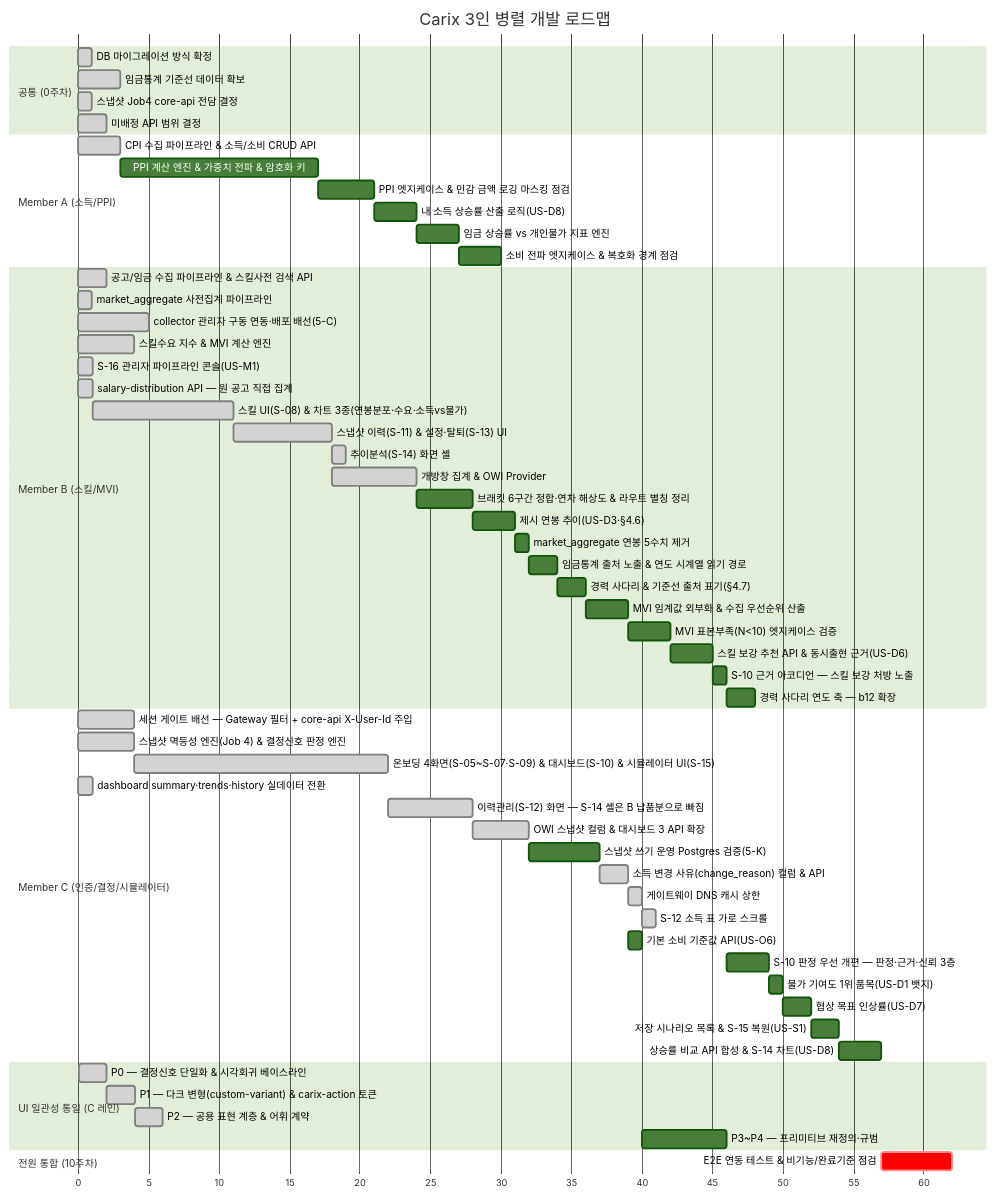
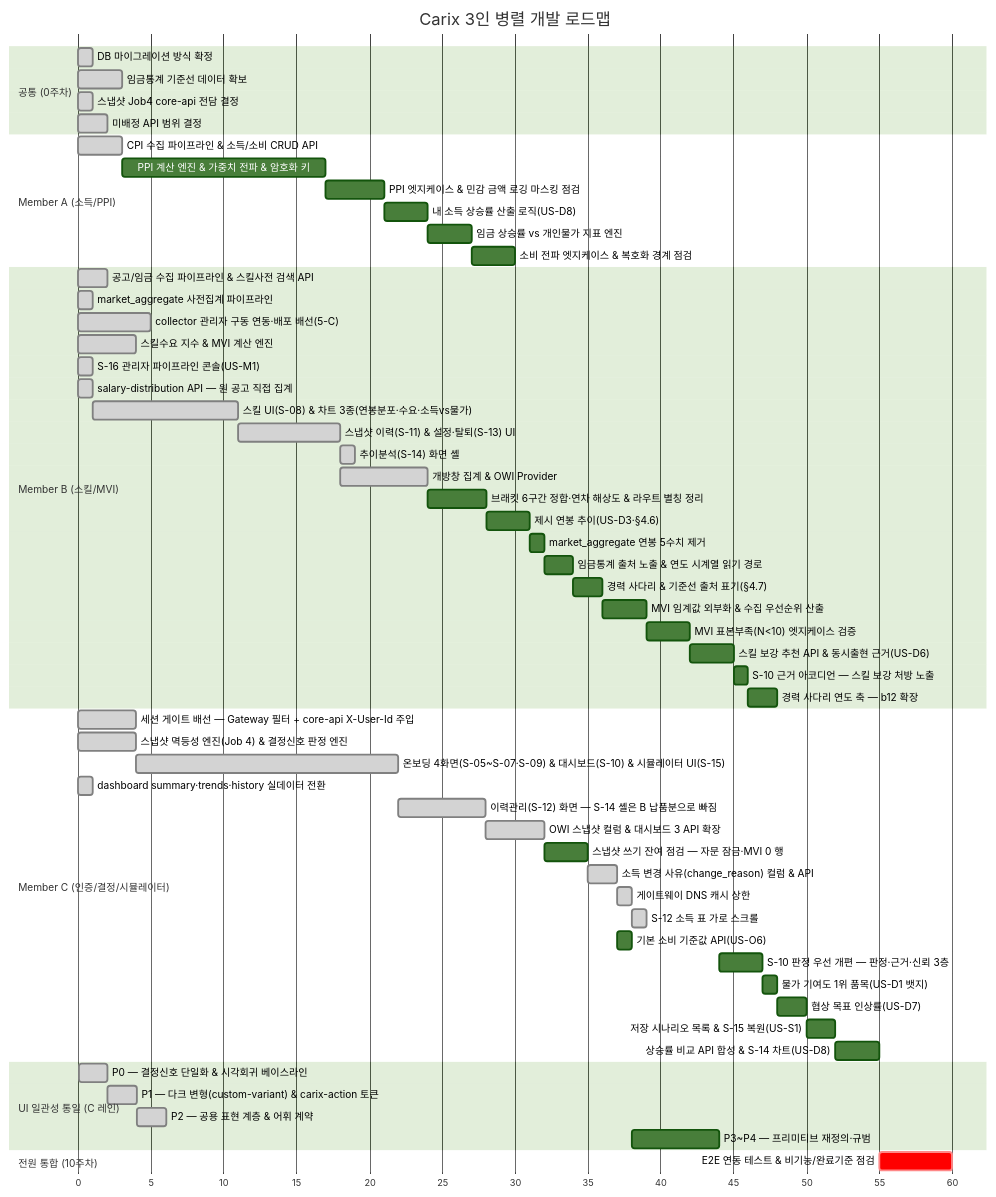
The first of 2 diagrams in docs/plans/carix-dev-plan.md (SeoHyeokGyu/Carix), drawn with Mermaid (forest theme) before and after one commit. The commit also changed other lines of this file and 3 other files, not shown here.

````diff
--- a/docs/plans/carix-dev-plan.md
+++ b/docs/plans/carix-dev-plan.md
@@ -89,63 +89,63 @@
 ```mermaid
 gantt
     title Carix 3인 병렬 개발 로드맵
     dateFormat X
     axisFormat %s
     section 공통 (0주차)
     DB 마이그레이션 방식 확정 :done, c0a, 0, 1s
     임금통계 기준선 데이터 확보 :done, a0, 3, 3s
     스냅샷 Job4 core-api 전담 결정 :done, i0, 7, 1s
     미배정 API 범위 결정 :done, c0, 7, 2s
     section Member A (소득/PPI)
     CPI 수집 파이프라인 & 소득/소비 CRUD API :done, a1, 12, 3s
     PPI 계산 엔진 & 가중치 전파 & 암호화 키 :a2, after a1, 14s
     PPI 엣지케이스 & 민감 금액 로깅 마스킹 점검 :a7, after a2, 4s
     내 소득 상승률 산출 로직(US-D8) :a9, after a7, 3s
     임금 상승률 vs 개인물가 지표 엔진 :a10, after a9, 3s
     소비 전파 엣지케이스 & 복호화 경계 점검 :a12, after a10, 3s
     section Member B (스킬/MVI)
     공고/임금 수집 파이프라인 & 스킬사전 검색 API :done, b1, 2, 2s
     market_aggregate 사전집계 파이프라인 :done, b2a, 3, 1s
     collector 관리자 구동 연동·배포 배선(5-C) :done, b0, 7, 5s
     스킬수요 지수 & MVI 계산 엔진 :done, b2, 8, 4s
     S-16 관리자 파이프라인 콘솔(US-M1) :done, b16, 14, 1s
     salary-distribution API — 원 공고 직접 집계 :done, b3a, 15, 1s
     스킬 UI(S-08) & 차트 3종(연봉분포·수요·소득vs물가) :done, b3, after b3a, 10s
     스냅샷 이력(S-11) & 설정·탈퇴(S-13) UI :done, b4, after b3, 7s
     추이분석(S-14) 화면 셸 :done, b4a, after b4, 1s
     개방창 집계 & OWI Provider :done, b6, after b4, 6s
     브래킷 6구간 정합·연차 해상도 & 라우트 별칭 정리 :b7, after b6, 4s
     제시 연봉 추이(US-D3·§4.6) :b10, after b7, 3s
     market_aggregate 연봉 5수치 제거 :b11, after b10, 1s
     임금통계 출처 노출 & 연도 시계열 읽기 경로 :b13, after b11, 2s
     경력 사다리 & 기준선 출처 표기(§4.7) :b12, after b13, 2s
     MVI 임계값 외부화 & 수집 우선순위 산출 :b8, after b12, 3s
     MVI 표본부족(N<10) 엣지케이스 검증 :b8a, after b8, 3s
     스킬 보강 추천 API & 동시출현 근거(US-D6) :b9, after b8a, 3s
     S-10 근거 아코디언 — 스킬 보강 처방 노출 :b15, after b9, 1s
     경력 사다리 연도 축 — b12 확장 :b14, after b15, 2s
     section Member C (인증/결정/시뮬레이터)
     세션 게이트 배선 — Gateway 필터 + core-api X-User-Id 주입 :done, c0b, 7, 4s
     스냅샷 멱등성 엔진(Job 4) & 결정신호 판정 엔진 :done, c2, 8, 4s
     온보딩 4화면(S-05~S-07·S-09) & 대시보드(S-10) & 시뮬레이터 UI(S-15) :done, c3, after c2, 18s
     dashboard summary·trends·history 실데이터 전환 :done, c4a, 15, 1s
     이력관리(S-12) 화면 — S-14 셸은 B 납품분으로 빠짐 :done, c4, after c3, 6s
     OWI 스냅샷 컬럼 & 대시보드 3 API 확장 :done, c6, after c4, 4s
-    스냅샷 쓰기 운영 Postgres 검증(5-K) :c5, after c6, 5s
+    스냅샷 쓰기 잔여 점검 — 자문 잠금·MVI 0 행 :c5, after c6, 3s
     소득 변경 사유(change_reason) 컬럼 & API :done, c10, after c5, 2s
     게이트웨이 DNS 캐시 상한 :done, c7, after c10, 1s
     S-12 소득 표 가로 스크롤 :done, c13, after c7, 1s
     기본 소비 기준값 API(US-O6) :c11, after c10, 1s
     S-10 판정 우선 개편 — 판정·근거·신뢰 3층 :c15, after ui3, 3s
     물가 기여도 1위 품목(US-D1 뱃지) :c12, after c15, 1s
     협상 목표 인상률(US-D7) :c8, after c12, 2s
     저장 시나리오 목록 & S-15 복원(US-S1) :c9, after c8, 2s
     상승률 비교 API 합성 & S-14 차트(US-D8) :c14, after c9 a9 a10 b13, 3s
     section UI 일관성 통일 (C 레인)
     P0 — 결정신호 단일화 & 시각회귀 베이스라인 :done, ui0, 33, 2s
     P1 — 다크 변형(custom-variant) & carix-action 토큰 :done, ui1, after ui0, 2s
     P2 — 공용 표현 계층 & 어휘 계약 :done, ui2, after ui1, 2s
     P3~P4 — 프리미티브 재정의·규범 :ui3, after c11, 6s
     section 전원 통합 (10주차)
     E2E 연동 테스트 & 비기능/완료기준 점검 :crit, e2e, after a12 b14 c14, 5s
 ```
````
